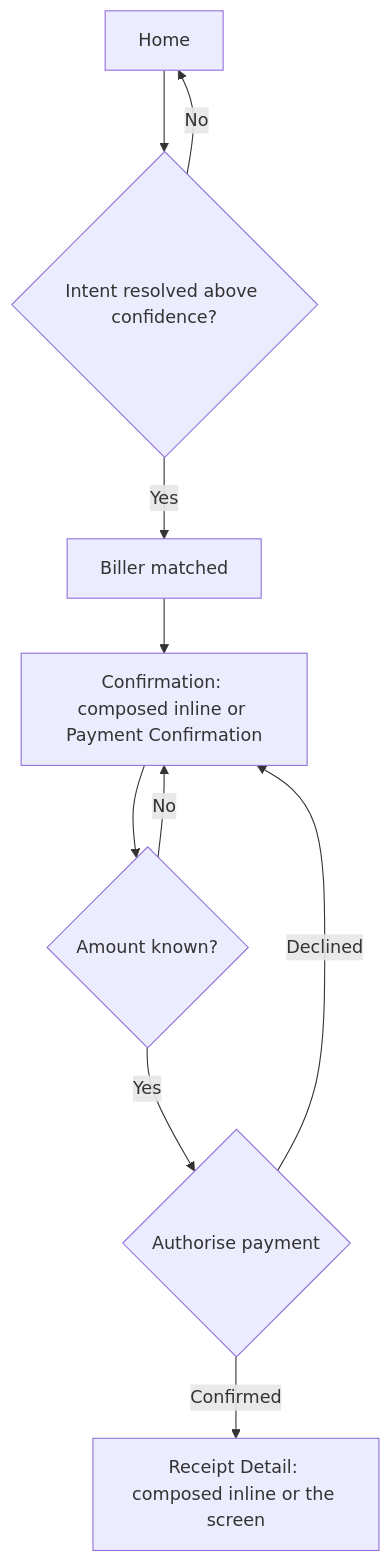
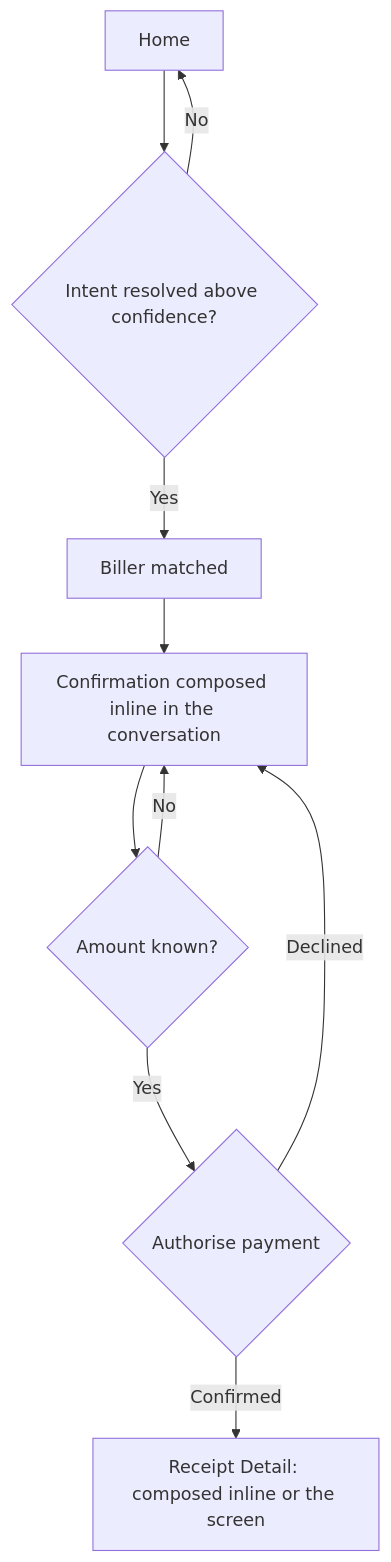
The third of 9 diagrams in Sabi/user-flow.md (vanguard-op/sabi-docs), drawn with Mermaid before and after one commit. The commit also changed other lines of this file and 11 other files, not shown here.

First line of the commit message:
docs(sabi): complete tasks inline in the conversation; drop Payment Confirmation

````diff
--- a/Sabi/user-flow.md
+++ b/Sabi/user-flow.md
@@ -171,12 +170,12 @@
 ```mermaid
 graph TD
     Home[Home] --> A{Intent resolved above confidence?}
     A -->|No| Home
     A -->|Yes| B[Biller matched]
-    B --> C[Confirmation: composed inline or Payment Confirmation]
+    B --> C[Confirmation composed inline in the conversation]
     C --> D{Amount known?}
     D -->|No| C
     D -->|Yes| E{Authorise payment}
     E -->|Confirmed| G[Receipt Detail: composed inline or the screen]
     E -->|Declined| C
 ```
````
